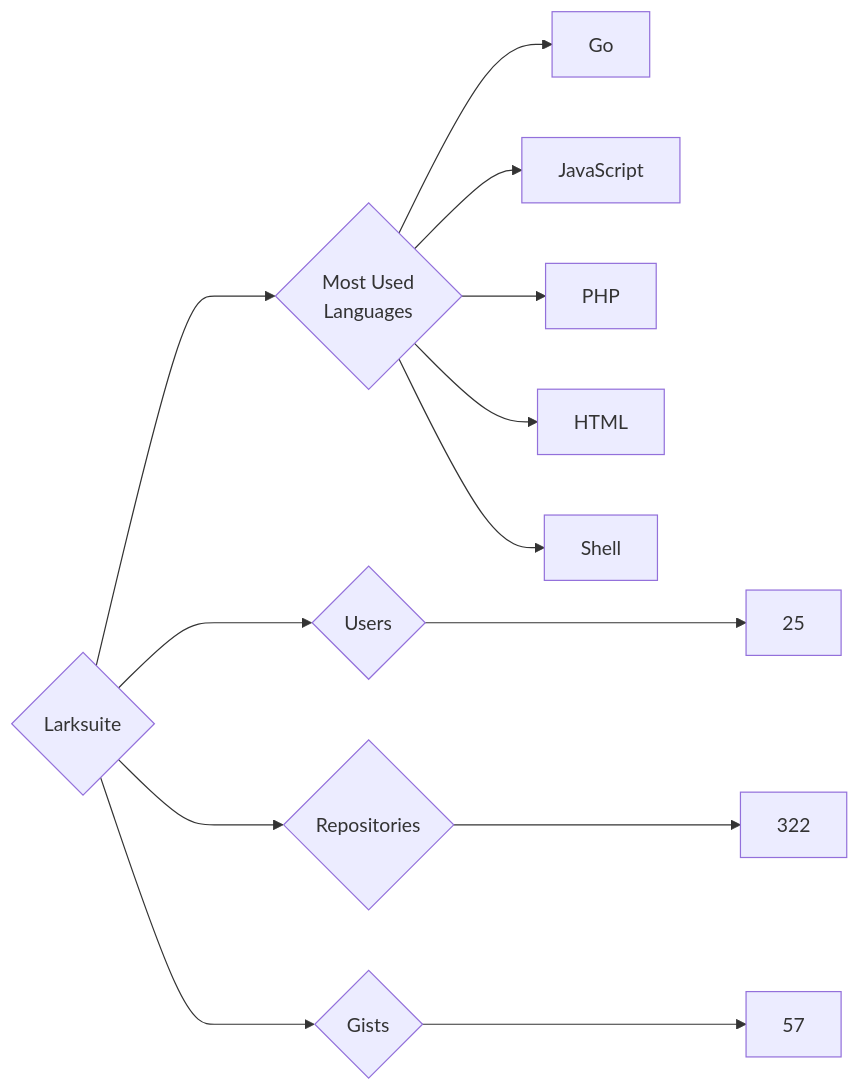
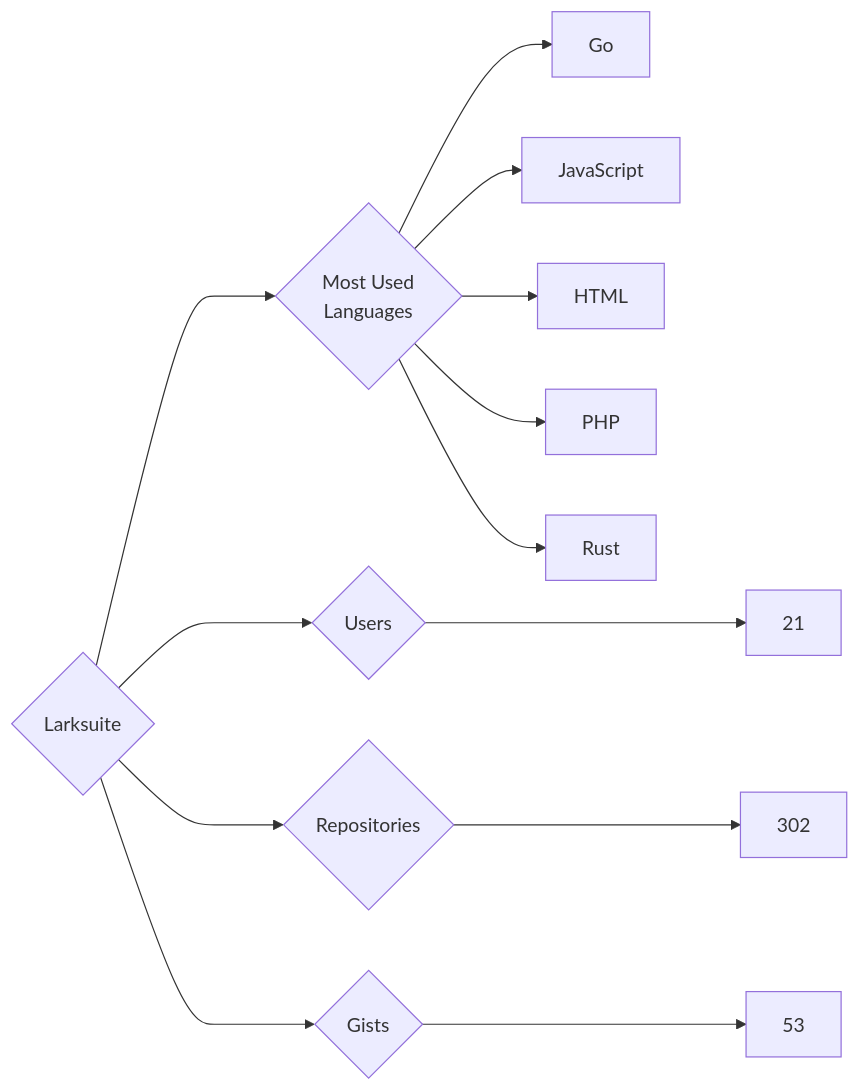
One commit to trickest/insiders changed the diagram in targets/Larksuite/README.md. Above: the diagram before and after it, drawn with Mermaid. The commit also changed 1508 other files, not shown here.

````diff
--- a/targets/Larksuite/README.md
+++ b/targets/Larksuite/README.md
@@ -3,13 +3,13 @@
 ```mermaid
 graph LR
 COMPANY_NAME{Larksuite}
-COMPANY_NAME ---> U{Users} ---> UN[25]
-COMPANY_NAME ---> R{Repositories} ---> RN[322]
-COMPANY_NAME ---> G{Gists} ---> GN[57]
+COMPANY_NAME ---> U{Users} ---> UN[21]
+COMPANY_NAME ---> R{Repositories} ---> RN[302]
+COMPANY_NAME ---> G{Gists} ---> GN[53]
 COMPANY_NAME ---> ML{Most Used<br>Languages}
 ML --> Go[Go]
 ML --> JavaScript[JavaScript]
+ML --> HTML[HTML]
 ML --> PHP[PHP]
-ML --> HTML[HTML]
-ML --> Shell[Shell]
+ML --> Rust[Rust]
 ```
````
